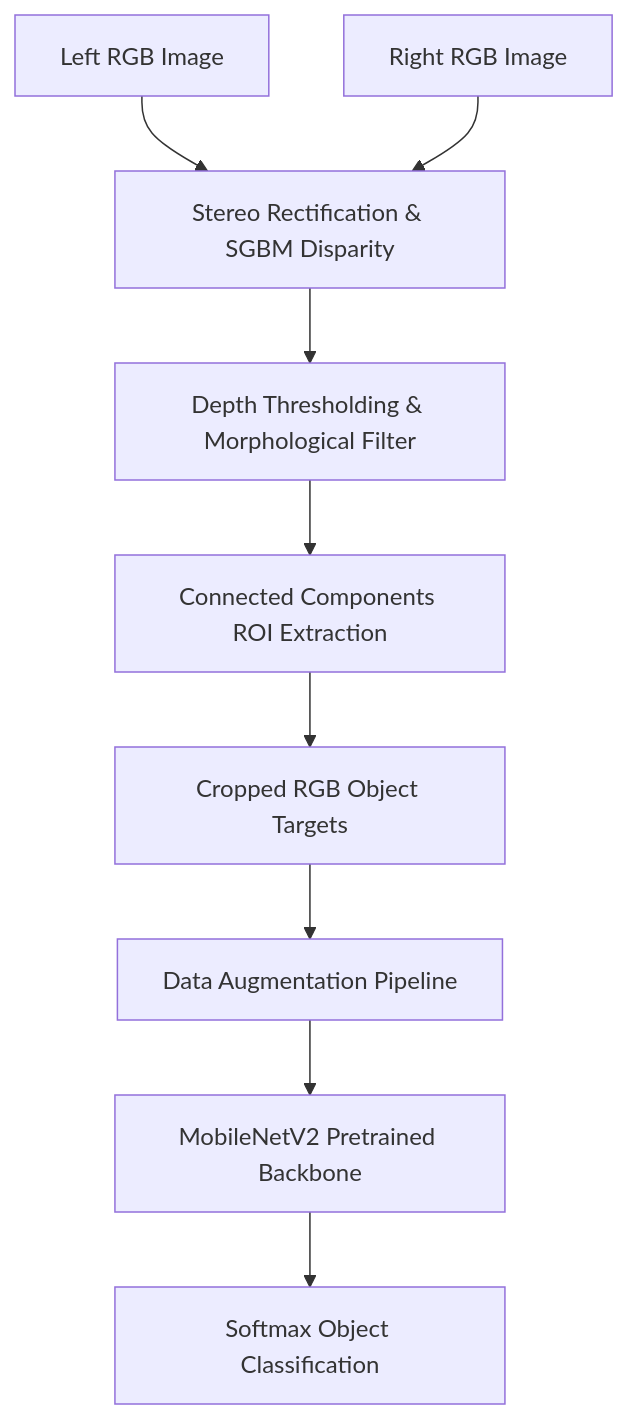
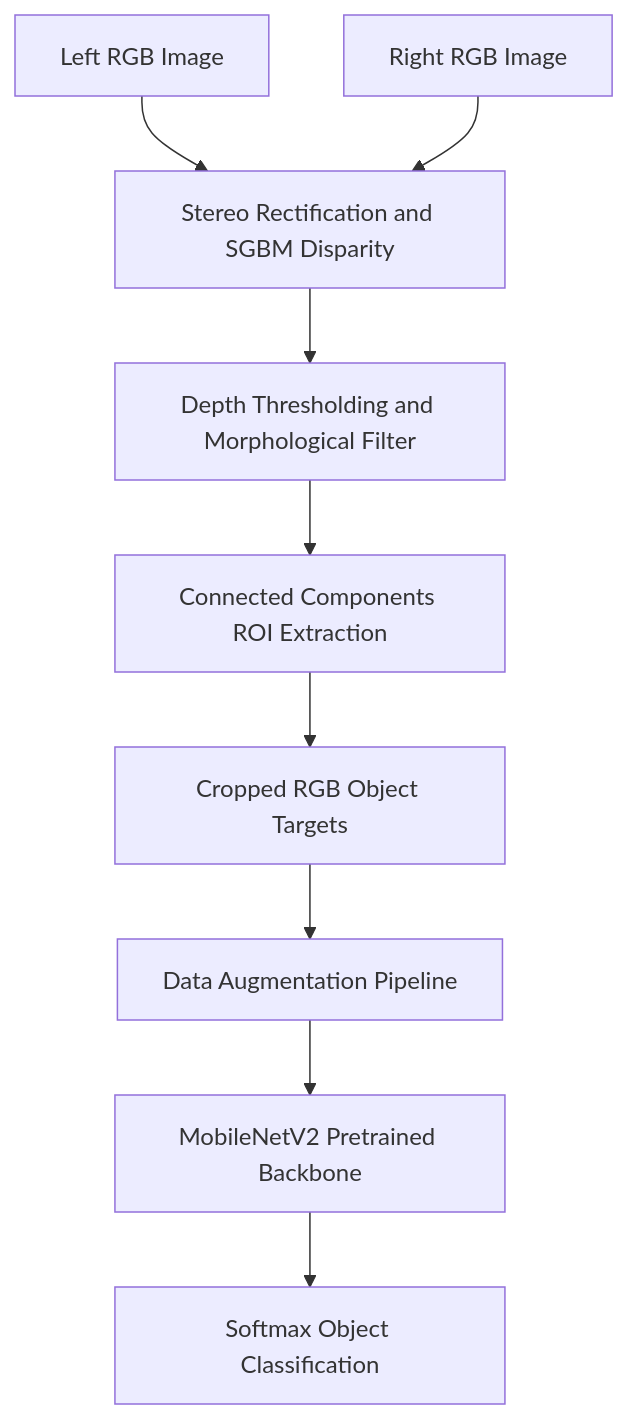
Before and after one commit to Rowrow620/multi-camera-sensor-fusion-engine: the diagram in README.md, drawn with Mermaid. The commit also changed other lines of this file and 2 other files, not shown here.

Commit message:
fix(docs): fix Mermaid diagram rendering syntax and remove demo pair images

````diff
--- a/README.md
+++ b/README.md
@@ -37,11 +31,11 @@
 ```mermaid
-graph TD
-    A[Left RGB Image] --> C[Stereo Rectification & SGBM Disparity]
-    B[Right RGB Image] --> C
-    C --> D[Depth Thresholding & Morphological Filter]
-    D --> E[Connected Components ROI Extraction]
-    E --> F[Cropped RGB Object Targets]
-    F --> G[Data Augmentation Pipeline]
-    G --> H[MobileNetV2 Pretrained Backbone]
-    H --> I[Softmax Object Classification]
+flowchart TD
+    A["Left RGB Image"] --> C["Stereo Rectification and SGBM Disparity"]
+    B["Right RGB Image"] --> C
+    C --> D["Depth Thresholding and Morphological Filter"]
+    D --> E["Connected Components ROI Extraction"]
+    E --> F["Cropped RGB Object Targets"]
+    F --> G["Data Augmentation Pipeline"]
+    G --> H["MobileNetV2 Pretrained Backbone"]
+    H --> I["Softmax Object Classification"]
 ```
````
